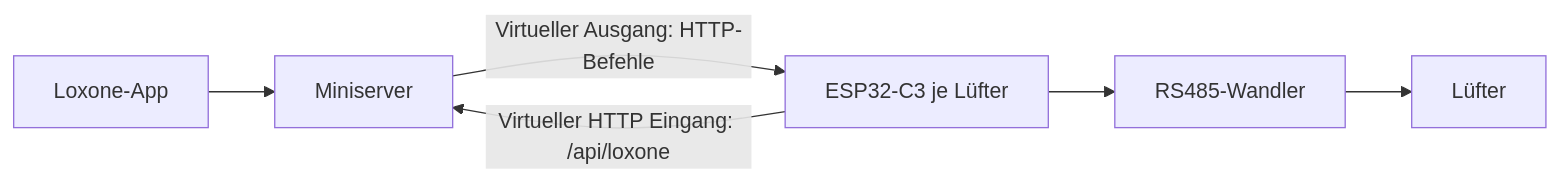
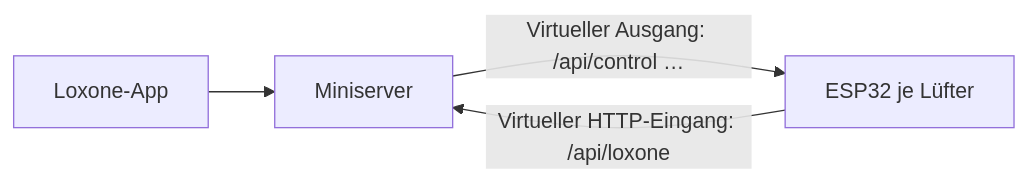
One commit to Philipp0493/ESP32-C3-Super-Mini-L-ftungssteuerung changed the first of 2 diagrams in docs/LOXONE.md. Above: the diagram before and after it, drawn with Mermaid. The commit also changed other lines of this file and 26 other files, not shown here.

````diff
--- a/docs/LOXONE.md
+++ b/docs/LOXONE.md
@@ -17,7 +27,6 @@
 ```mermaid
 flowchart LR
     APP[Loxone-App] --> MS[Miniserver]
-    MS -->|Virtueller Ausgang: HTTP-Befehle| ESP[ESP32-C3 je Lüfter]
-    ESP -->|Virtueller HTTP Eingang: /api/loxone| MS
-    ESP --> RS[RS485-Wandler] --> F[Lüfter]
+    MS -->|Virtueller Ausgang: /api/control …| ESP[ESP32 je Lüfter]
+    ESP -->|Virtueller HTTP-Eingang: /api/loxone| MS
 ```
````
